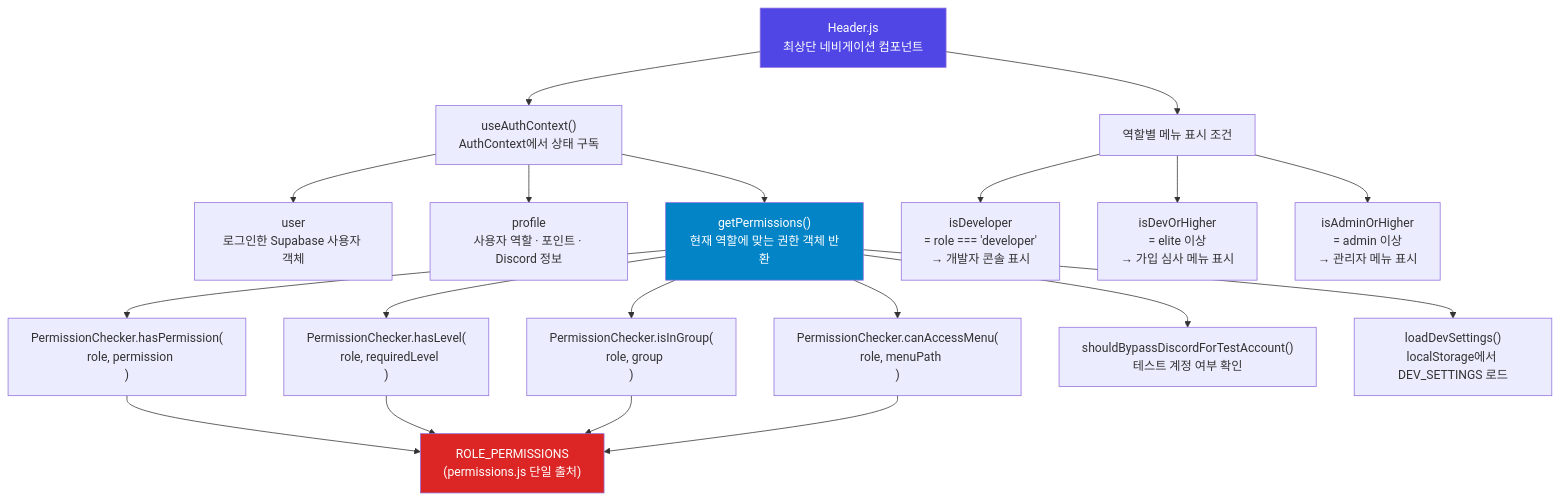
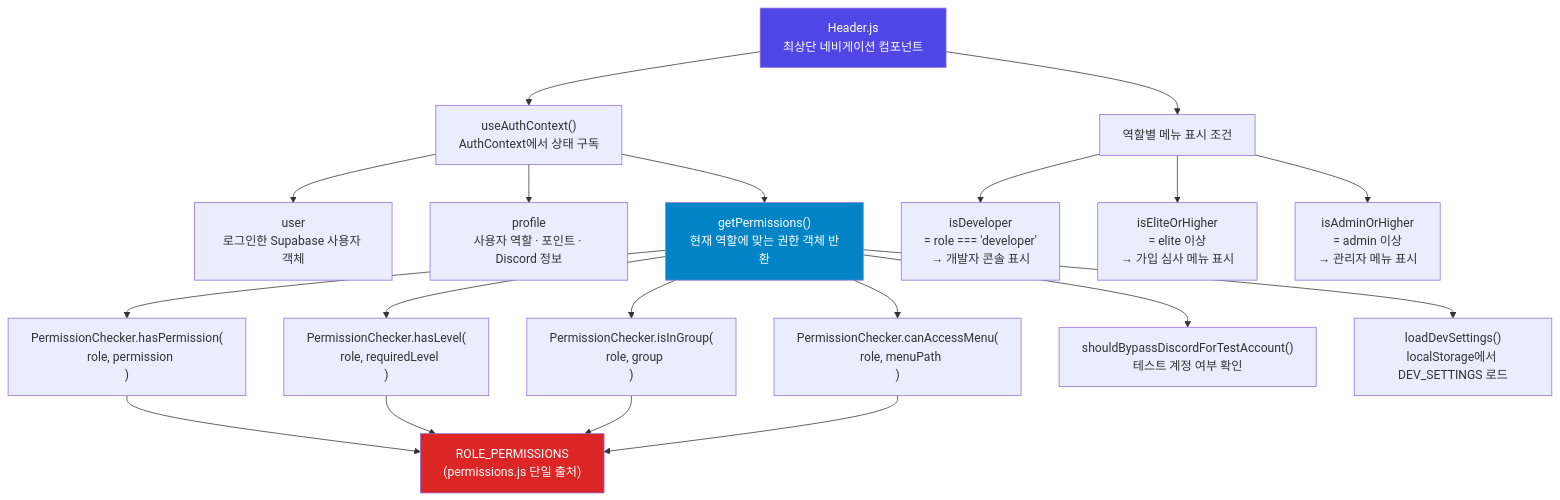
Before and after one commit to gkfla0720a/byclan-web: the fifth of 8 diagrams in docs/VISUAL-DIAGRAMS.md, drawn with Mermaid. The commit also changed 5 other files, not shown here.

Commit message:
admin-settings 페이지 추가 및 관련 문서 업데이트 isDevORHigher -> isEliteOrHigher로 변경

````diff
--- a/docs/VISUAL-DIAGRAMS.md
+++ b/docs/VISUAL-DIAGRAMS.md
@@ -227,31 +227,31 @@
 ```mermaid
 flowchart TD
     HEADER["Header.js\n최상단 네비게이션 컴포넌트"]
 
     HEADER --> UAC["useAuthContext()\nAuthContext에서 상태 구독"]
 
     UAC --> USER["user\n로그인한 Supabase 사용자 객체"]
     UAC --> PROFILE["profile\n사용자 역할 · 포인트 · Discord 정보"]
     UAC --> GP["getPermissions()\n현재 역할에 맞는 권한 객체 반환"]
 
     GP --> HASPERM["PermissionChecker.hasPermission(\n  role, permission\n)"]
     GP --> HASLEVEL["PermissionChecker.hasLevel(\n  role, requiredLevel\n)"]
     GP --> ISINGROUP["PermissionChecker.isInGroup(\n  role, group\n)"]
     GP --> CANMENU["PermissionChecker.canAccessMenu(\n  role, menuPath\n)"]
     GP --> BYPASS["shouldBypassDiscordForTestAccount()\n테스트 계정 여부 확인"]
     GP --> DEVSET["loadDevSettings()\nlocalStorage에서 DEV_SETTINGS 로드"]
 
     HASPERM --> ROLEPERMS["ROLE_PERMISSIONS\n(permissions.js 단일 출처)"]
     HASLEVEL --> ROLEPERMS
     ISINGROUP --> ROLEPERMS
     CANMENU --> ROLEPERMS
 
     HEADER --> MENUCOND["역할별 메뉴 표시 조건"]
     MENUCOND --> ISDEV["isDeveloper\n= role === 'developer'\n→ 개발자 콘솔 표시"]
-    MENUCOND --> DEVHIGH["isDevOrHigher\n= elite 이상\n→ 가입 심사 메뉴 표시"]
+    MENUCOND --> ELTHIGH["isEliteOrHigher\n= elite 이상\n→ 가입 심사 메뉴 표시"]
     MENUCOND --> ADMHIGH["isAdminOrHigher\n= admin 이상\n→ 관리자 메뉴 표시"]
 
     style HEADER fill:#4f46e5,color:#fff
     style ROLEPERMS fill:#dc2626,color:#fff
     style GP fill:#0284c7,color:#fff
 ```
````
